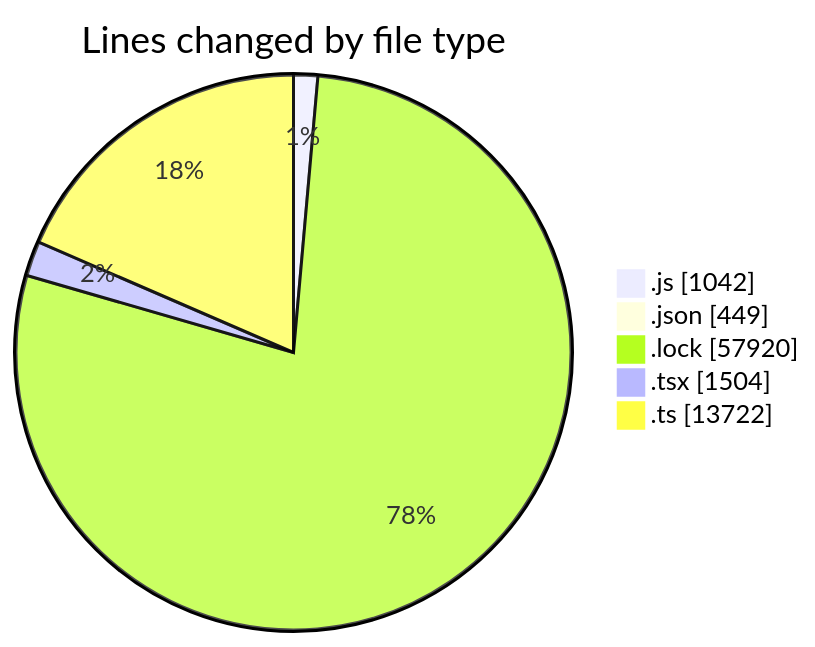
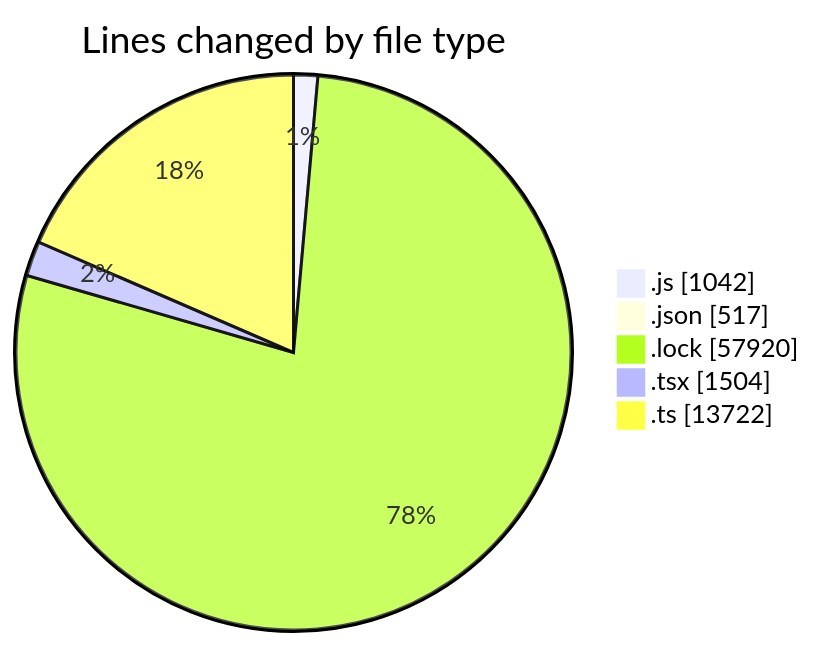
Before and after one commit to momahboobian/code-tracking: the first of 2 diagrams in 2025-12-18/cda/README.md, drawn with Mermaid. The commit also changed other lines of this file and 1 other file, not shown here.

````diff
--- a/2025-12-18/cda/README.md
+++ b/2025-12-18/cda/README.md
@@ -47,9 +48,9 @@
 ```mermaid
 pie showData
 title Lines changed by file type
 ".js" : 1042
-".json" : 449
+".json" : 517
 ".lock" : 57920
 ".tsx" : 1504
 ".ts" : 13722
 ```
````
